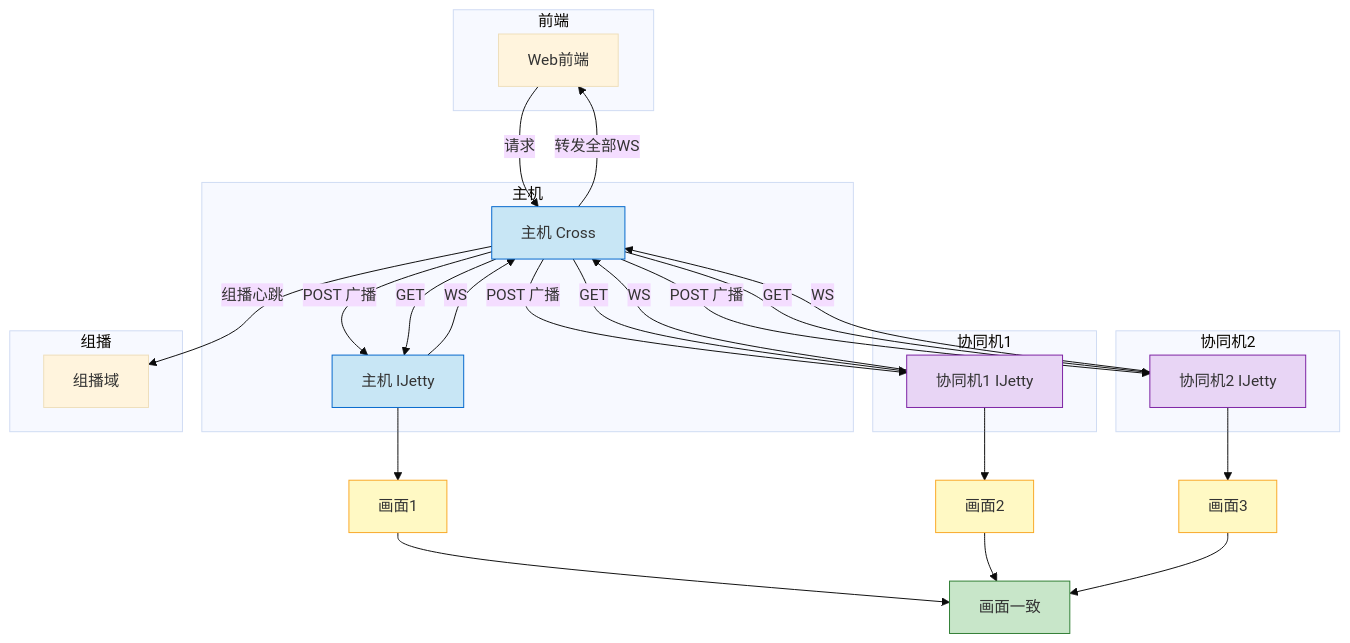
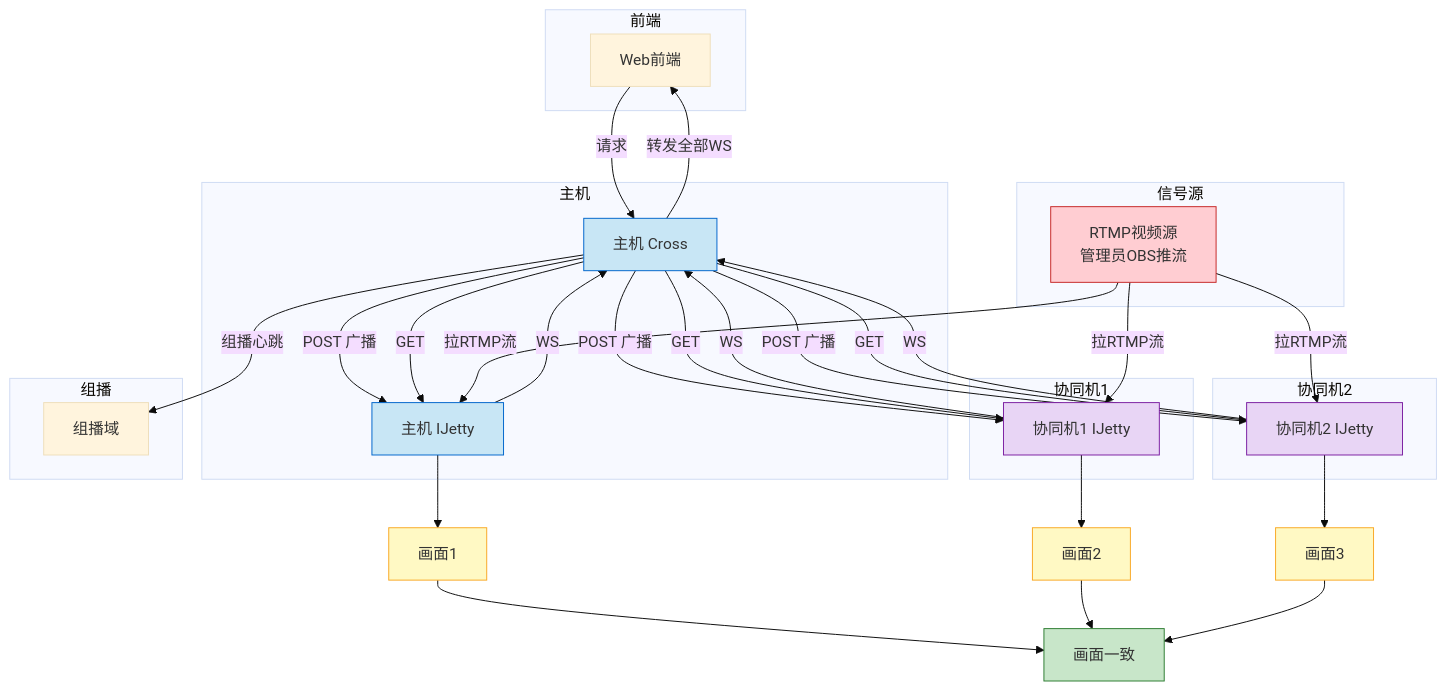
One commit to nangong918/code-ability changed the second of 5 diagrams in CLT/Cross/BaseFunctionality/BaseFunctionality.md. Above: the diagram before and after it, drawn with Mermaid (base theme). The commit also changed other lines of this file and 1 other file, not shown here.

First line of the commit message:
docs(cross): 更新多机协同文档添加流媒体传输方案

````diff
--- a/CLT/Cross/BaseFunctionality/BaseFunctionality.md
+++ b/CLT/Cross/BaseFunctionality/BaseFunctionality.md
@@ -75,58 +87,67 @@
 ```mermaid
 flowchart TD
-    subgraph 前端
-        Web[Web前端]
-    end
+  subgraph 前端
+    Web[Web前端]
+  end
 
-    subgraph 主机
-        H_Cross[主机 Cross]
-        H_IJetty[主机 IJetty]
-    end
+  subgraph 主机
+    H_Cross[主机 Cross]
+    H_IJetty[主机 IJetty]
+  end
 
-    subgraph 协同机1
-        C1_IJetty[协同机1 IJetty]
-    end
+  subgraph 协同机1
+    C1_IJetty[协同机1 IJetty]
+  end
 
-    subgraph 协同机2
-        C2_IJetty[协同机2 IJetty]
-    end
+  subgraph 协同机2
+    C2_IJetty[协同机2 IJetty]
+  end
 
-    subgraph 组播
-        M[组播域]
-    end
+  subgraph 信号源
+    VS[RTMP视频源<br/>管理员OBS推流]
+  end
 
-    H_Cross -->|组播心跳| M
+  subgraph 组播
+    M[组播域]
+  end
 
-    Web -->|请求| H_Cross
+  H_Cross -->|组播心跳| M
 
-    H_Cross -->|POST 广播| H_IJetty
-    H_Cross -->|POST 广播| C1_IJetty
-    H_Cross -->|POST 广播| C2_IJetty
+  Web -->|请求| H_Cross
 
-    H_Cross -->|GET| H_IJetty
-    H_Cross -->|GET| C1_IJetty
-    H_Cross -->|GET| C2_IJetty
+  H_Cross -->|POST 广播| H_IJetty
+  H_Cross -->|POST 广播| C1_IJetty
+  H_Cross -->|POST 广播| C2_IJetty
 
-    H_IJetty -->|WS| H_Cross
-    C1_IJetty -->|WS| H_Cross
-    C2_IJetty -->|WS| H_Cross
+  H_Cross -->|GET| H_IJetty
+  H_Cross -->|GET| C1_IJetty
+  H_Cross -->|GET| C2_IJetty
 
-    H_Cross -->|转发全部WS| Web
+  H_IJetty -->|WS| H_Cross
+  C1_IJetty -->|WS| H_Cross
+  C2_IJetty -->|WS| H_Cross
 
-    H_IJetty --> P1[画面1]
-    C1_IJetty --> P2[画面2]
-    C2_IJetty --> P3[画面3]
+  H_Cross -->|转发全部WS| Web
 
-    P1 --> S[画面一致]
-    P2 --> S
-    P3 --> S
+  VS -->|拉RTMP流| H_IJetty
+  VS -->|拉RTMP流| C1_IJetty
+  VS -->|拉RTMP流| C2_IJetty
 
-    style H_Cross fill:#c8e6f5,stroke:#0066cc
-    style H_IJetty fill:#c8e6f5,stroke:#0066cc
-    style C1_IJetty fill:#e8d5f5,stroke:#7b1fa2
-    style C2_IJetty fill:#e8d5f5,stroke:#7b1fa2
-    style P1 fill:#fff9c4,stroke:#f9a825
-    style P2 fill:#fff9c4,stroke:#f9a825
-    style P3 fill:#fff9c4,stroke:#f9a825
-    style S fill:#c8e6c9,stroke:#2e7d32
+  H_IJetty --> P1[画面1]
+  C1_IJetty --> P2[画面2]
+  C2_IJetty --> P3[画面3]
+
+  P1 --> S[画面一致]
+  P2 --> S
+  P3 --> S
+
+  style H_Cross fill:#c8e6f5,stroke:#0066cc
+  style H_IJetty fill:#c8e6f5,stroke:#0066cc
+  style C1_IJetty fill:#e8d5f5,stroke:#7b1fa2
+  style C2_IJetty fill:#e8d5f5,stroke:#7b1fa2
+  style VS fill:#ffcdd2,stroke:#c62828
+  style P1 fill:#fff9c4,stroke:#f9a825
+  style P2 fill:#fff9c4,stroke:#f9a825
+  style P3 fill:#fff9c4,stroke:#f9a825
+  style S fill:#c8e6c9,stroke:#2e7d32
 ```
````
